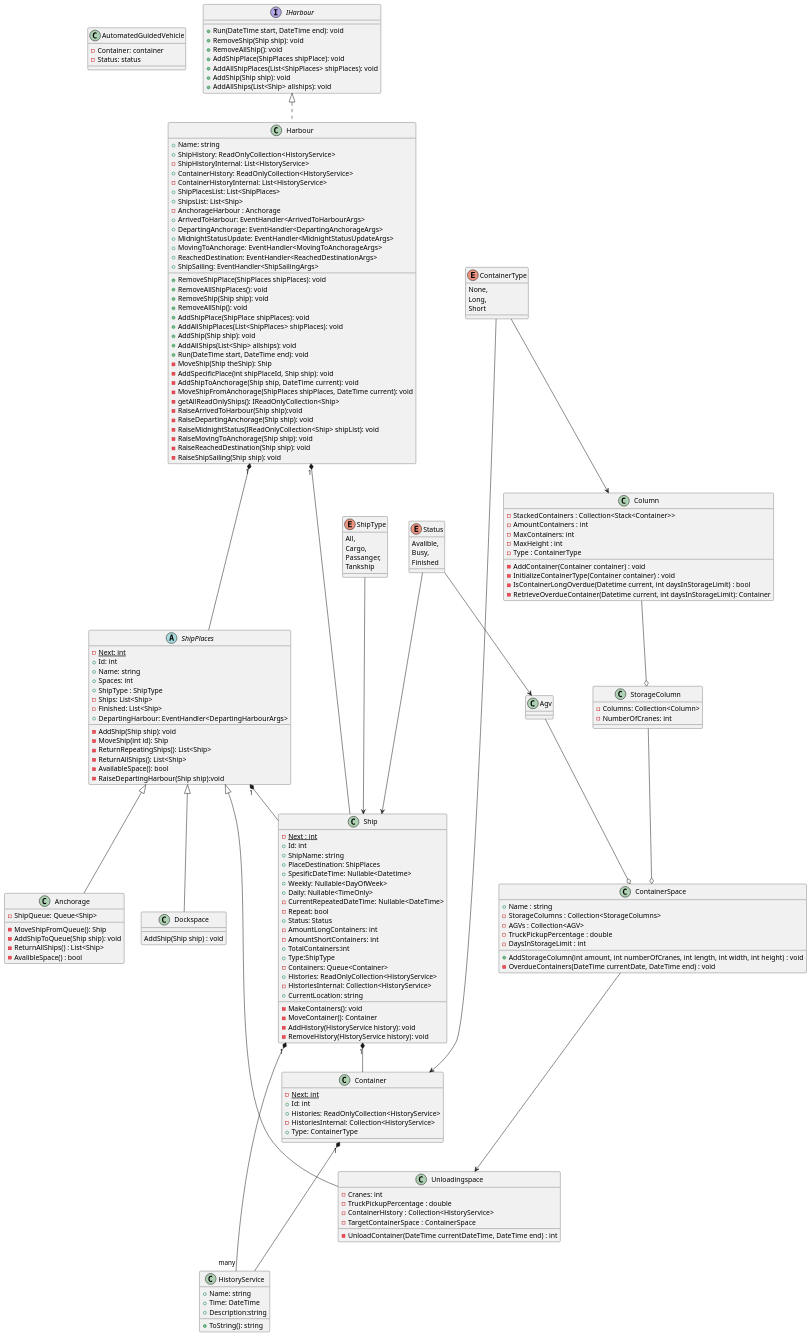
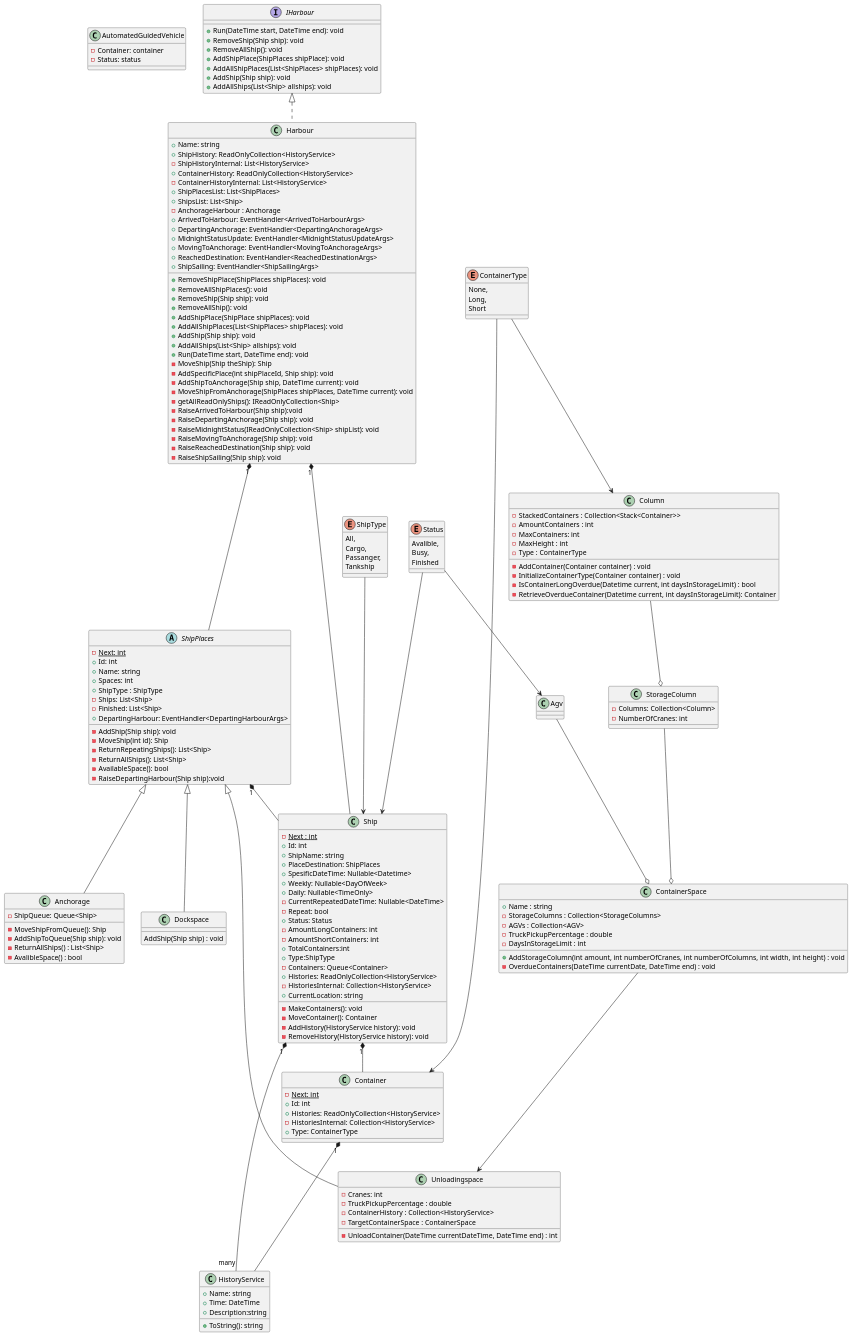
One commit to NET-og-Rammeverk-gruppe-MBFS/HavnAPI changed the diagram in HavnAPIuml.puml. Above: the diagram before and after it, drawn with PlantUML. The commit also changed 1 other file, not shown here.

Commit message:
Endret UML diagram for nye endringer

```diff
--- a/HavnAPIuml.puml
+++ b/HavnAPIuml.puml
@@ -1,199 +1,199 @@
 @startuml
 
 class AutomatedGuidedVehicle {
     -Container: container
     -Status: status
 }
 class Anchorage extends ShipPlaces {
     -ShipQueue: Queue<Ship>
     -MoveShipFromQueue(): Ship
     -AddShipToQueue(Ship ship): void
     -ReturnAllShips() : List<Ship>
     -AvalibleSpace() : bool
 }
 class Column{
     -StackedContainers : Collection<Stack<Container>>
     -AmountContainers : int
     -MaxContainers: int
     -MaxHeight : int
     -Type : ContainerType
 
     -AddContainer(Container container) : void
     -InitializeContainerType(Container container) : void
     -IsContainerLongOverdue(Datetime current, int daysInStorageLimit) : bool
     -RetrieveOverdueContainer(Datetime current, int daysInStorageLimit): Container
 }
 class ContainerSpace {
     +Name : string
     -StorageColumns : Collection<StorageColumns>
     -AGVs : Collection<AGV>
     -TruckPickupPercentage : double
     -DaysInStorageLimit : int
 
-    +AddStorageColumn(int amount, int numberOfCranes,  int length, int width, int height) : void
+    +AddStorageColumn(int amount, int numberOfCranes,  int numberOfColumns, int width, int height) : void
     -OverdueContainers(DateTime currentDate, DateTime end) : void
 }
 class Dockspace extends ShipPlaces {
     AddShip(Ship ship) : void
 }
 abstract class ShipPlaces {
     {static} -Next: int
     +Id: int
     +Name: string
     +Spaces: int
     +ShipType : ShipType
     -Ships: List<Ship>
     -Finished: List<Ship>
     +DepartingHarbour: EventHandler<DepartingHarbourArgs>
 
     -AddShip(Ship ship): void
     -MoveShip(int id): Ship
     -ReturnRepeatingShips(): List<Ship>
     -ReturnAllShips(): List<Ship>
     -AvailableSpace(): bool
     -RaiseDepartingHarbour(Ship ship):void
 }
 
 class StorageColumn{
     -Columns: Collection<Column>
     -NumberOfCranes: int
 }
 class Unloadingspace extends ShipPlaces {
     -Cranes: int
     -TruckPickupPercentage : double
     -ContainerHistory : Collection<HistoryService>
     -TargetContainerSpace : ContainerSpace
 
     -UnloadContainer(DateTime currentDateTime, DateTime end) : int
 }
 class Container {
     {static} - Next: int
     +Id: int
     +Histories: ReadOnlyCollection<HistoryService>
     -HistoriesInternal: Collection<HistoryService>
     +Type: ContainerType
 }
 class HistoryService {
     +Name: string
     +Time: DateTime
     +Description:string
 
     +ToString(): string
 }
 
 class Ship {
     {static} -Next : int
     +Id: int
     +ShipName: string
     +PlaceDestination: ShipPlaces
     +SpesificDateTime: Nullable<Datetime>
     +Weekly: Nullable<DayOfWeek>
     +Daily: Nullable<TimeOnly>
     -CurrentRepeatedDateTime: Nullable<DateTime>
     -Repeat: bool
     +Status: Status
     -AmountLongContainers: int
     -AmountShortContainers: int
     +TotalContainers:int
     +Type:ShipType
     -Containers: Queue<Container>
     +Histories: ReadOnlyCollection<HistoryService>
     -HistoriesInternal: Collection<HistoryService>
     +CurrentLocation: string
 
     -MakeContainers(): void
     -MoveContainer(): Container
     -AddHistory(HistoryService history): void
     -RemoveHistory(HistoryService history): void
 }
 
 class Harbour implements IHarbour {
     +Name: string
     +ShipHistory: ReadOnlyCollection<HistoryService>
     -ShipHistoryInternal: List<HistoryService>
     +ContainerHistory: ReadOnlyCollection<HistoryService>
     -ContainerHistoryInternal: List<HistoryService>
     +ShipPlacesList: List<ShipPlaces>
     +ShipsList: List<Ship>
     -AnchorageHarbour : Anchorage
     +ArrivedToHarbour: EventHandler<ArrivedToHarbourArgs>
     +DepartingAnchorage: EventHandler<DepartingAnchorageArgs>
     +MidnightStatusUpdate: EventHandler<MidnightStatusUpdateArgs>
     +MovingToAnchorage: EventHandler<MovingToAnchorageArgs>
     +ReachedDestination: EventHandler<ReachedDestinationArgs>
     +ShipSailing: EventHandler<ShipSailingArgs>
 
     +RemoveShipPlace(ShipPlaces shipPlaces): void
     +RemoveAllShipPlaces(): void
     +RemoveShip(Ship ship): void
     +RemoveAllShip(): void
     +AddShipPlace(ShipPlace shipPlaces): void
     +AddAllShipPlaces(List<ShipPlaces> shipPlaces): void
     +AddShip(Ship ship): void
     +AddAllShips(List<Ship> allships): void
     +Run(DateTime start, DateTime end): void
     -MoveShip(Ship theShip): Ship
     -AddSpecificPlace(int shipPlaceId, Ship ship): void
     -AddShipToAnchorage(Ship ship, DateTime current): void
     -MoveShipFromAnchorage(ShipPlaces shipPlaces, DateTime current): void
     -getAllReadOnlyShips(): IReadOnlyCollection<Ship>
     -RaiseArrivedToHarbour(Ship ship):void
     -RaiseDepartingAnchorage(Ship ship): void
     -RaiseMidnightStatus(IReadOnlyCollection<Ship> shipList): void
     -RaiseMovingToAnchorage(Ship ship): void
     -RaiseReachedDestination(Ship ship): void
     -RaiseShipSailing(Ship ship): void
 }
 interface IHarbour {
     +Run(DateTime start, DateTime end): void
     +RemoveShip(Ship ship): void
     +RemoveAllShip(): void
     +AddShipPlace(ShipPlaces shipPlace): void
     +AddAllShipPlaces(List<ShipPlaces> shipPlaces): void
     +AddShip(Ship ship): void
     +AddAllShips(List<Ship> allships): void
 }
 enum ContainerType{
     None,
     Long,
     Short
 }
 
 enum ShipType{
     All,
     Cargo,
     Passanger,
     Tankship
 }
 enum Status{
     Avalible,
     Busy,
     Finished
 }
 
 
 ShipType ---> Ship
 Harbour "1" *--- ShipPlaces
 Harbour "1" *-- Ship
 ShipPlaces "1" *-- Ship
 Ship "1" *-- Container
 Ship "1" *-- "many" HistoryService
 Container "1" *--- HistoryService
 ContainerSpace ---> Unloadingspace
 Agv --o ContainerSpace
 Column --o StorageColumn
 StorageColumn --o ContainerSpace
 ContainerType -----> Container
 ContainerType -->Column
 Status --> Ship
 Status --> Agv
 
 
 
 
 
 
 
 
 
 @enduml
```
